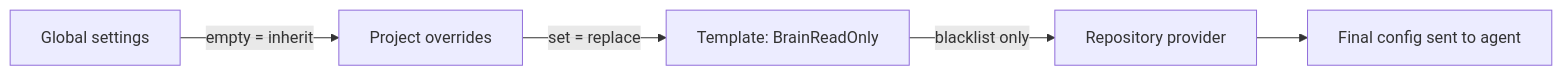
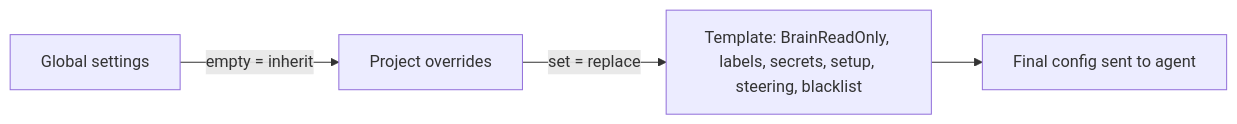
Before and after one commit to Chemsorly/coding-agent-automation: the first of 2 diagrams in docs/projects.md, drawn with Mermaid. The commit also changed other lines of this file and 27 other files, not shown here.

First line of the commit message:
feat: Move repository settings from the repository connection onto the pipeline job template (#3575)

````diff
--- a/docs/projects.md
+++ b/docs/projects.md
@@ -18,7 +18,6 @@
 ```mermaid
 flowchart LR
     A[Global settings] -->|empty = inherit| B[Project overrides]
-    B -->|set = replace| C[Template: BrainReadOnly]
-    C -->|blacklist only| D[Repository provider]
-    D --> E[Final config sent to agent]
+    B -->|set = replace| C[Template: BrainReadOnly, labels, secrets, setup, steering, blacklist]
+    C --> E[Final config sent to agent]
 ```
````
